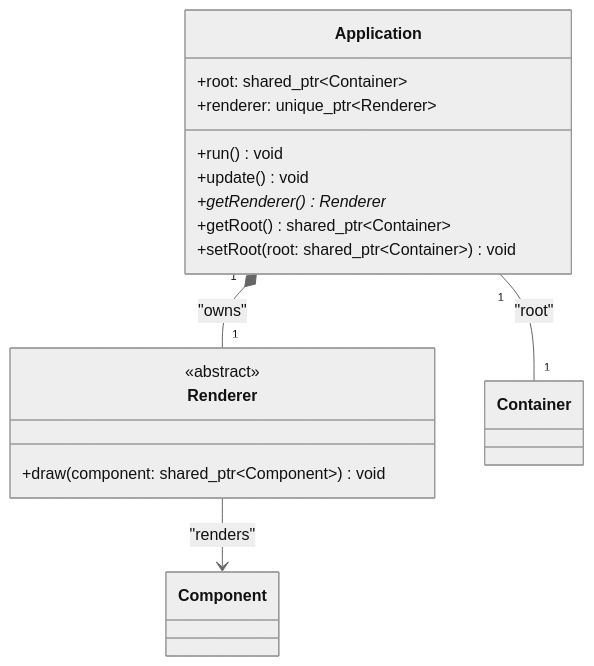
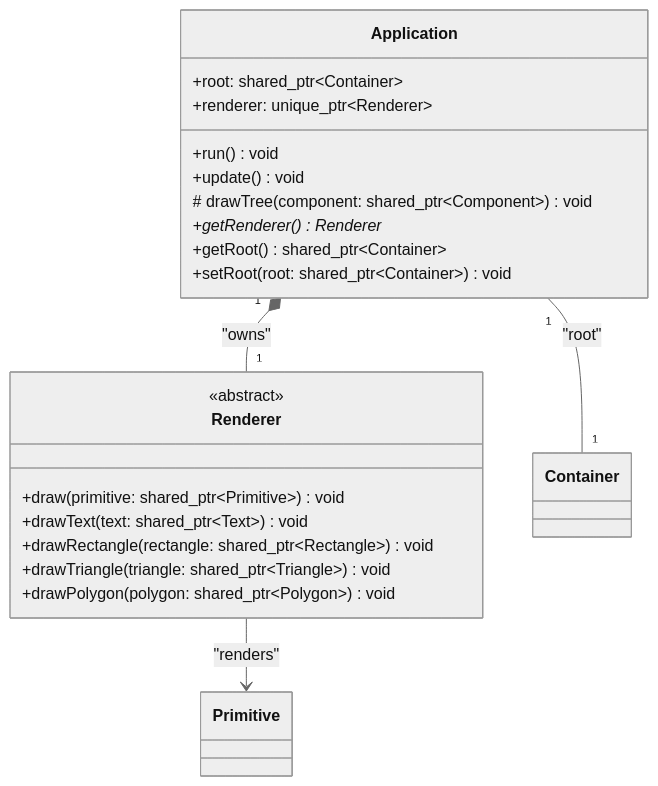
The fifth of 6 diagrams in documentations/ARCHITECTURE.md (etib-corp/guillaume), drawn with Mermaid (neutral theme) before and after one commit. The commit also changed other lines of this file and 16 other files, not shown here.

Commit message:
Feat: 3D primitives + type-safe Renderer draw methods; Rectangle center/size/rotation

````diff
--- a/documentations/ARCHITECTURE.md
+++ b/documentations/ARCHITECTURE.md
@@ -158,24 +187,29 @@
 ```mermaid
 classDiagram
-	class Application {
-		+root: shared_ptr~Container~
-		+renderer: unique_ptr~Renderer~
-		+run() void
-		+update() void
-		+getRenderer() Renderer*
-		+getRoot() shared_ptr~Container~
-		+setRoot(root: shared_ptr~Container~) void
-	}
+  class Application {
+    +root: shared_ptr~Container~
+    +renderer: unique_ptr~Renderer~
+    +run() void
+    +update() void
+    # drawTree(component: shared_ptr~Component~) void
+    +getRenderer() Renderer*
+    +getRoot() shared_ptr~Container~
+    +setRoot(root: shared_ptr~Container~) void
+  }
 
-	class Renderer {
-		<<abstract>>
-		+draw(component: shared_ptr~Component~) void
-	}
+  class Renderer {
+    <<abstract>>
+    +draw(primitive: shared_ptr~Primitive~) void
+    +drawText(text: shared_ptr~Text~) void
+    +drawRectangle(rectangle: shared_ptr~Rectangle~) void
+    +drawTriangle(triangle: shared_ptr~Triangle~) void
+    +drawPolygon(polygon: shared_ptr~Polygon~) void
+  }
 
-	class Container {
-	}
+  class Container {
+  }
 
-	Application "1" -- "1" Container : "root"
-	Application "1" *-- "1" Renderer : "owns"
-	Renderer --> Component : "renders"
+  Application "1" -- "1" Container : "root"
+  Application "1" *-- "1" Renderer : "owns"
+  Renderer --> Primitive : "renders"
 ```
````
